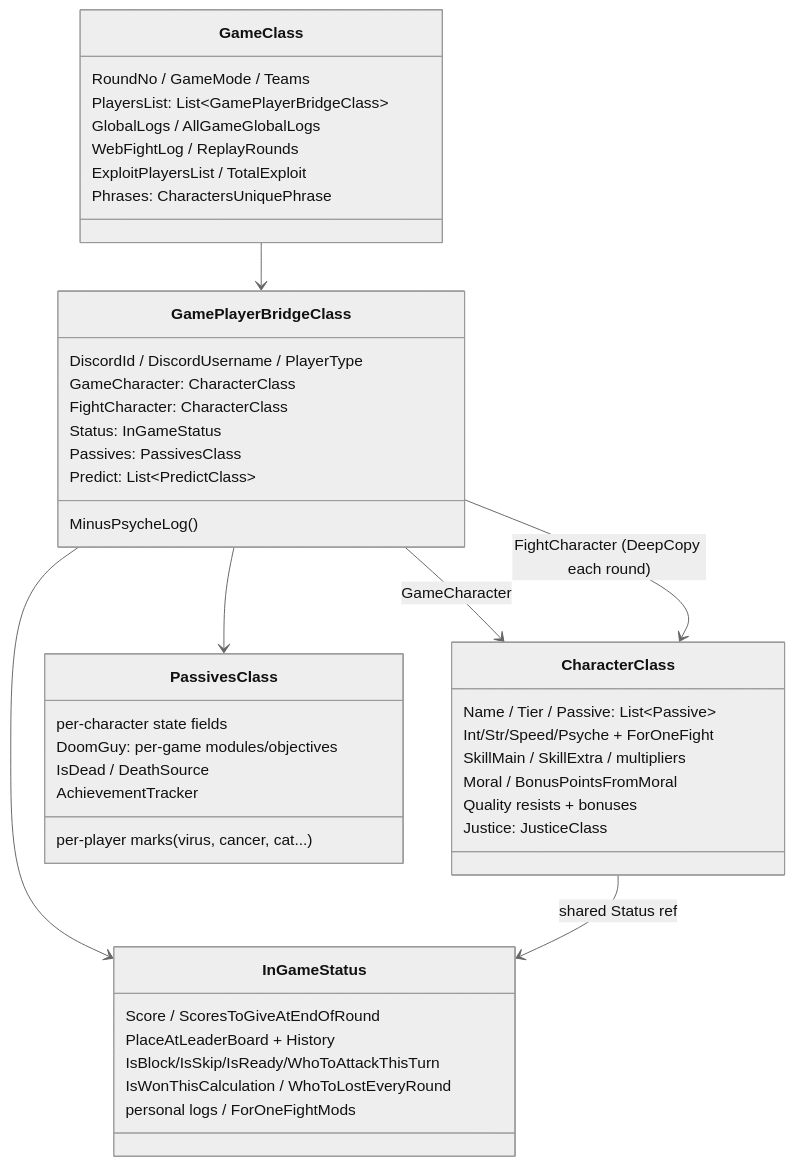
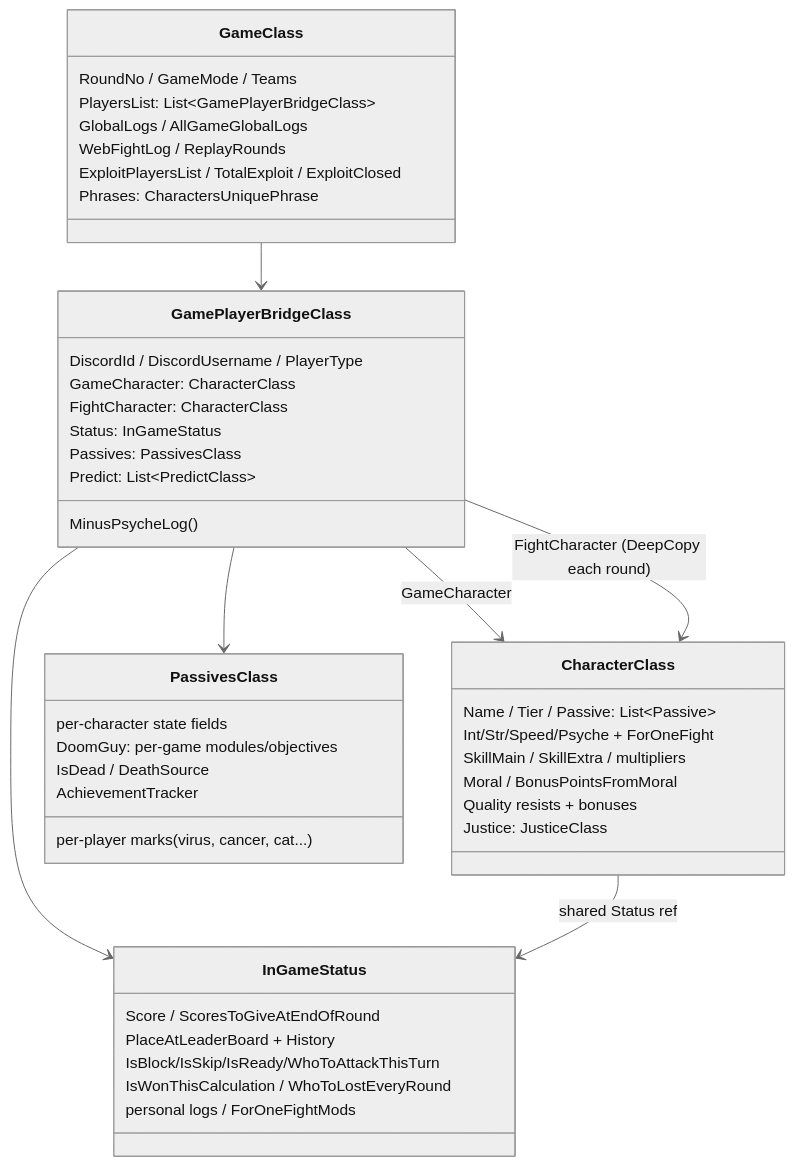
Before and after one commit to akulihin/King-of-the-Garbage-Hill: the second of 2 diagrams in docs/ARCHITECTURE.md, drawn with Mermaid (neutral theme). The commit also changed other lines of this file and 56 other files, not shown here.

````diff
--- a/docs/ARCHITECTURE.md
+++ b/docs/ARCHITECTURE.md
@@ -31,48 +31,48 @@
 ```mermaid
 classDiagram
     class GameClass {
         RoundNo / GameMode / Teams
         PlayersList: List~GamePlayerBridgeClass~
         GlobalLogs / AllGameGlobalLogs
         WebFightLog / ReplayRounds
-        ExploitPlayersList / TotalExploit
+        ExploitPlayersList / TotalExploit / ExploitClosed
         Phrases: CharactersUniquePhrase
     }
     class GamePlayerBridgeClass {
         DiscordId / DiscordUsername / PlayerType
         GameCharacter: CharacterClass
         FightCharacter: CharacterClass
         Status: InGameStatus
         Passives: PassivesClass
         Predict: List~PredictClass~
         MinusPsycheLog()
     }
     class CharacterClass {
         Name / Tier / Passive: List~Passive~
         Int/Str/Speed/Psyche + ForOneFight
         SkillMain / SkillExtra / multipliers
         Moral / BonusPointsFromMoral
         Quality resists + bonuses
         Justice: JusticeClass
     }
     class InGameStatus {
         Score / ScoresToGiveAtEndOfRound
         PlaceAtLeaderBoard + History
         IsBlock/IsSkip/IsReady/WhoToAttackThisTurn
         IsWonThisCalculation / WhoToLostEveryRound
         personal logs / ForOneFightMods
     }
     class PassivesClass {
         per-character state fields
         DoomGuy: per-game modules/objectives
         per-player marks (virus, cancer, cat...)
         IsDead / DeathSource
         AchievementTracker
     }
     GameClass --> GamePlayerBridgeClass
     GamePlayerBridgeClass --> CharacterClass : GameCharacter
     GamePlayerBridgeClass --> CharacterClass : FightCharacter (DeepCopy each round)
     GamePlayerBridgeClass --> InGameStatus
     GamePlayerBridgeClass --> PassivesClass
     CharacterClass --> InGameStatus : shared Status ref
 ```
````
